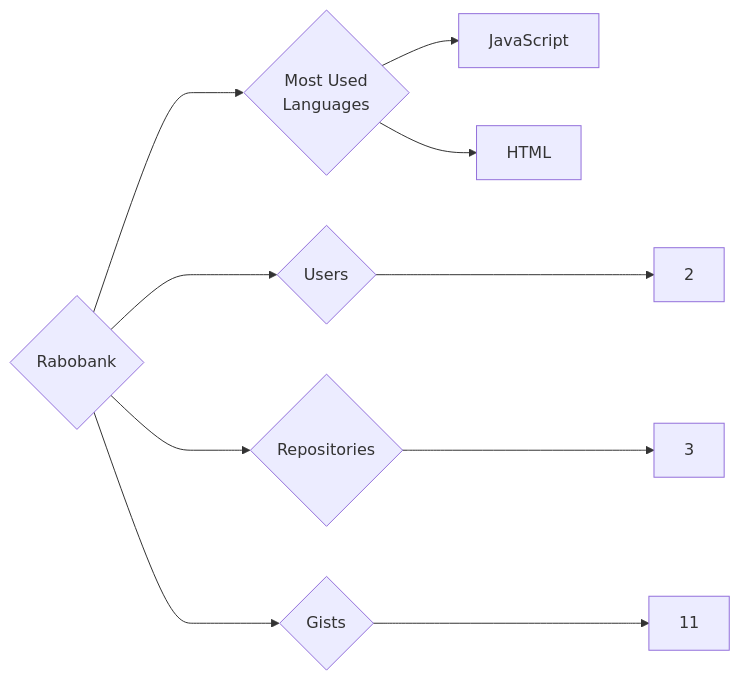
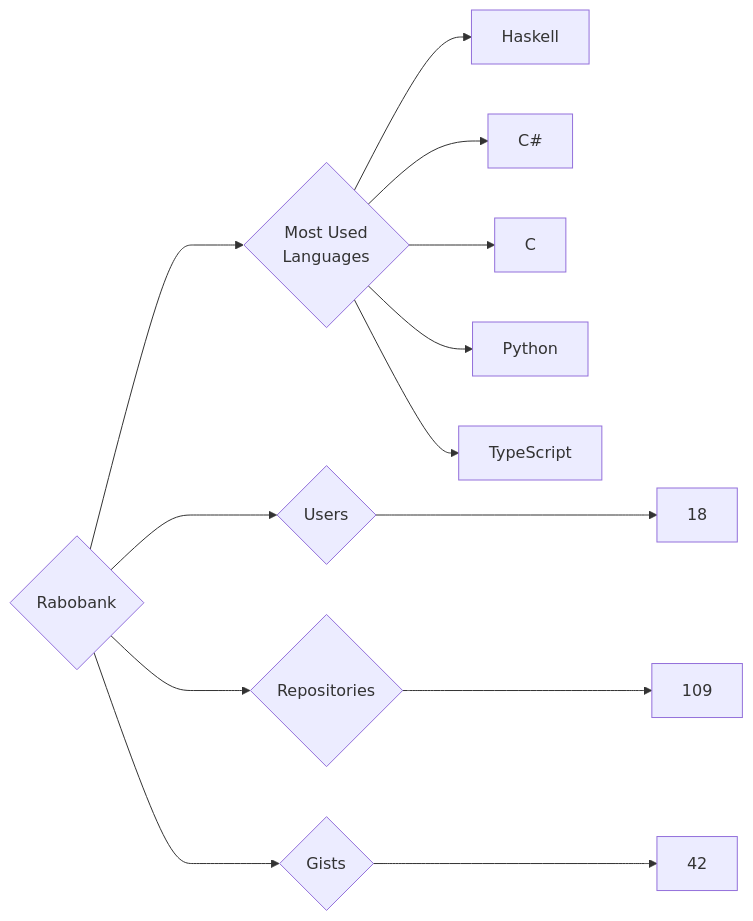
The diagram in targets/Rabobank/README.md (trickest/insiders), drawn with Mermaid before and after one commit. The commit also changed 928 other files, not shown here.

````diff
--- a/targets/Rabobank/README.md
+++ b/targets/Rabobank/README.md
@@ -3,10 +3,13 @@
 ```mermaid
 graph LR
 COMPANY_NAME{Rabobank}
-COMPANY_NAME ---> U{Users} ---> UN[2]
-COMPANY_NAME ---> R{Repositories} ---> RN[3]
-COMPANY_NAME ---> G{Gists} ---> GN[11]
+COMPANY_NAME ---> U{Users} ---> UN[18]
+COMPANY_NAME ---> R{Repositories} ---> RN[109]
+COMPANY_NAME ---> G{Gists} ---> GN[42]
 COMPANY_NAME ---> ML{Most Used<br>Languages}
-ML --> JavaScript[JavaScript]
-ML --> HTML[HTML]
+ML --> Haskell[Haskell]
+ML --> C#[C#]
+ML --> C[C]
+ML --> Python[Python]
+ML --> TypeScript[TypeScript]
 ```
````
